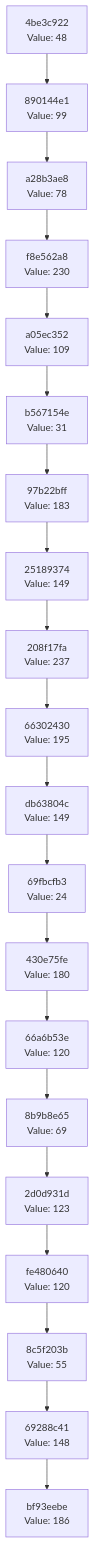
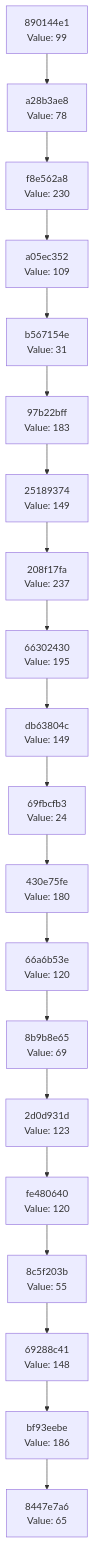
The diagram in docs/CHAIN_VISUALIZATION.md (Abhisheksinha1506/hash-chain-evolver), drawn with Mermaid before and after one commit. The commit also changed 2 other files, not shown here.

Commit message:
Evolution Step

````diff
--- a/docs/CHAIN_VISUALIZATION.md
+++ b/docs/CHAIN_VISUALIZATION.md
@@ -3,42 +3,42 @@
 ```mermaid
 graph TD
-    C0["bf93eebe<br/>Value: 186"]
-    C1["69288c41<br/>Value: 148"]
+    C0["8447e7a6<br/>Value: 65"]
+    C1["bf93eebe<br/>Value: 186"]
     C1 --> C0
-    C2["8c5f203b<br/>Value: 55"]
+    C2["69288c41<br/>Value: 148"]
     C2 --> C1
-    C3["fe480640<br/>Value: 120"]
+    C3["8c5f203b<br/>Value: 55"]
     C3 --> C2
-    C4["2d0d931d<br/>Value: 123"]
+    C4["fe480640<br/>Value: 120"]
     C4 --> C3
-    C5["8b9b8e65<br/>Value: 69"]
+    C5["2d0d931d<br/>Value: 123"]
     C5 --> C4
-    C6["66a6b53e<br/>Value: 120"]
+    C6["8b9b8e65<br/>Value: 69"]
     C6 --> C5
-    C7["430e75fe<br/>Value: 180"]
+    C7["66a6b53e<br/>Value: 120"]
     C7 --> C6
-    C8["69fbcfb3<br/>Value: 24"]
+    C8["430e75fe<br/>Value: 180"]
     C8 --> C7
-    C9["db63804c<br/>Value: 149"]
+    C9["69fbcfb3<br/>Value: 24"]
     C9 --> C8
-    C10["66302430<br/>Value: 195"]
+    C10["db63804c<br/>Value: 149"]
     C10 --> C9
-    C11["208f17fa<br/>Value: 237"]
+    C11["66302430<br/>Value: 195"]
     C11 --> C10
-    C12["25189374<br/>Value: 149"]
+    C12["208f17fa<br/>Value: 237"]
     C12 --> C11
-    C13["97b22bff<br/>Value: 183"]
+    C13["25189374<br/>Value: 149"]
     C13 --> C12
-    C14["b567154e<br/>Value: 31"]
+    C14["97b22bff<br/>Value: 183"]
     C14 --> C13
-    C15["a05ec352<br/>Value: 109"]
+    C15["b567154e<br/>Value: 31"]
     C15 --> C14
-    C16["f8e562a8<br/>Value: 230"]
+    C16["a05ec352<br/>Value: 109"]
     C16 --> C15
-    C17["a28b3ae8<br/>Value: 78"]
+    C17["f8e562a8<br/>Value: 230"]
     C17 --> C16
-    C18["890144e1<br/>Value: 99"]
+    C18["a28b3ae8<br/>Value: 78"]
     C18 --> C17
-    C19["4be3c922<br/>Value: 48"]
+    C19["890144e1<br/>Value: 99"]
     C19 --> C18
 ```
````
